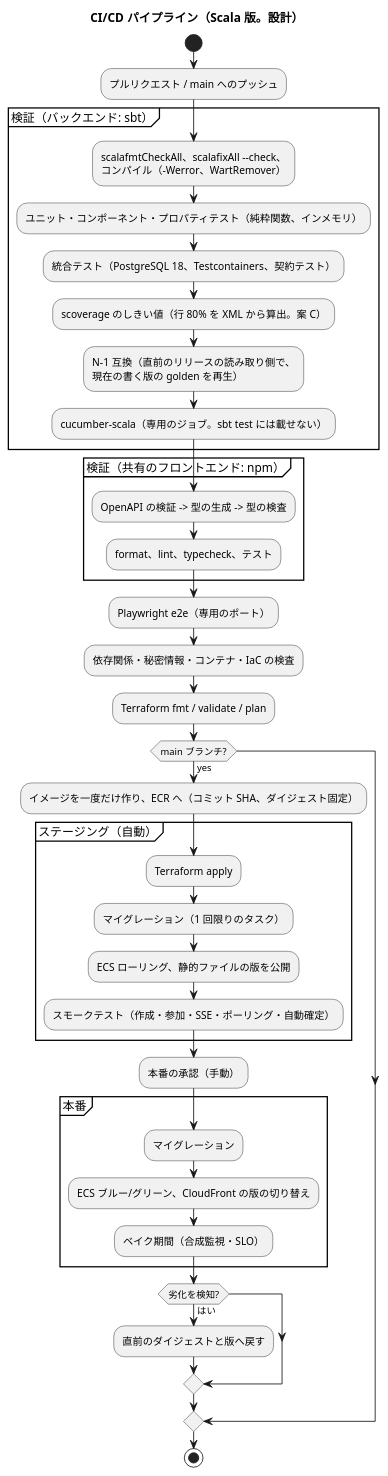
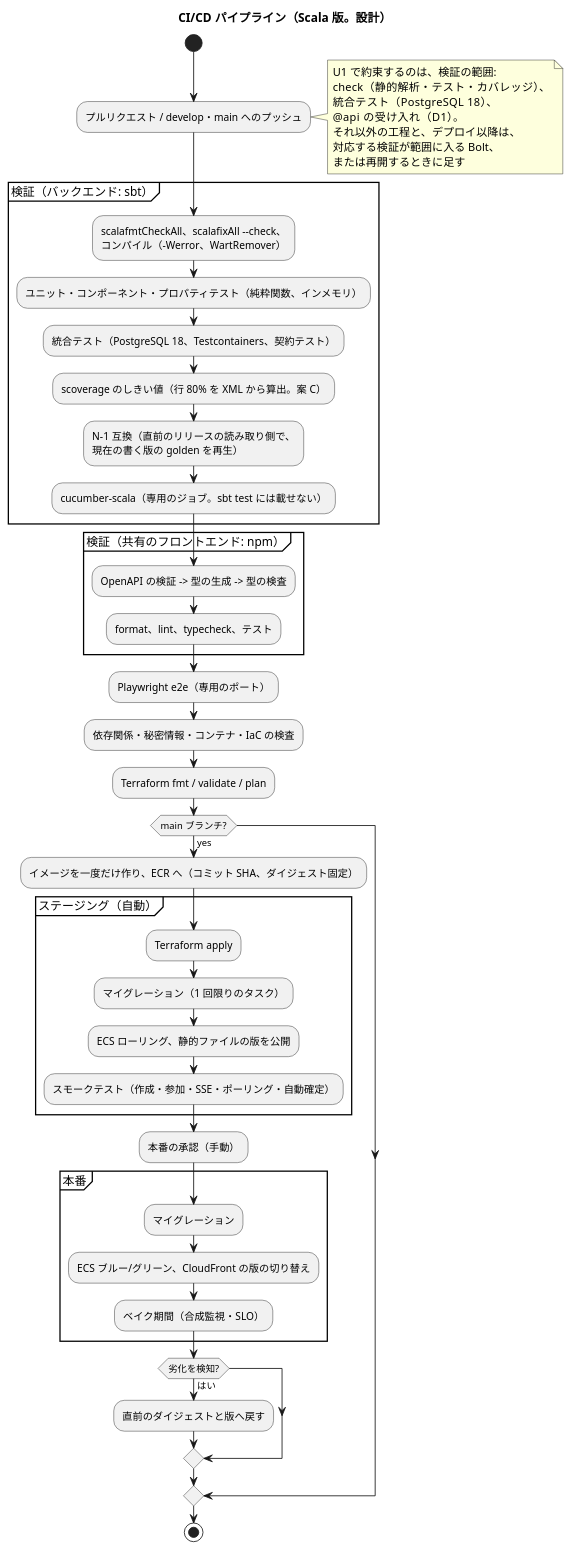
Before and after one commit to k2works/case-study-beer-game-simulation: the second of 2 diagrams in docs/design/beer-game-scala/architecture-infrastructure.md, drawn with PlantUML. The commit also changed other lines of this file and 15 other files, not shown here.

````diff
--- a/docs/design/beer-game-scala/architecture-infrastructure.md
+++ b/docs/design/beer-game-scala/architecture-infrastructure.md
@@ -271,42 +272,51 @@
 ```plantuml
 @startuml
 title CI/CD パイプライン（Scala 版。設計）
 
 start
-:プルリクエスト / main へのプッシュ;
+:プルリクエスト / develop・main へのプッシュ;
+note right
+  U1 で約束するのは、検証の範囲:
+  check（静的解析・テスト・カバレッジ）、
+  統合テスト（PostgreSQL 18）、
+  @api の受け入れ（D1）。
+  それ以外の工程と、デプロイ以降は、
+  対応する検証が範囲に入る Bolt、
+  または再開するときに足す
+end note
 partition "検証（バックエンド: sbt）" {
   :scalafmtCheckAll、scalafixAll --check、\nコンパイル（-Werror、WartRemover）;
   :ユニット・コンポーネント・プロパティテスト（純粋関数、インメモリ）;
   :統合テスト（PostgreSQL 18、Testcontainers、契約テスト）;
   :scoverage のしきい値（行 80% を XML から算出。案 C）;
   :N-1 互換（直前のリリースの読み取り側で、\n現在の書く版の golden を再生）;
   :cucumber-scala（専用のジョブ。sbt test には載せない）;
 }
 partition "検証（共有のフロントエンド: npm）" {
   :OpenAPI の検証 -> 型の生成 -> 型の検査;
   :format、lint、typecheck、テスト;
 }
 :Playwright e2e（専用のポート）;
 :依存関係・秘密情報・コンテナ・IaC の検査;
 :Terraform fmt / validate / plan;
 if (main ブランチ?) then (yes)
   :イメージを一度だけ作り、ECR へ（コミット SHA、ダイジェスト固定）;
   partition "ステージング（自動）" {
     :Terraform apply;
     :マイグレーション（1 回限りのタスク）;
     :ECS ローリング、静的ファイルの版を公開;
     :スモークテスト（作成・参加・SSE・ポーリング・自動確定）;
   }
   :本番の承認（手動）;
   partition "本番" {
     :マイグレーション;
     :ECS ブルー/グリーン、CloudFront の版の切り替え;
     :ベイク期間（合成監視・SLO）;
   }
   if (劣化を検知?) then (はい)
     :直前のダイジェストと版へ戻す;
   endif
 endif
 stop
 @enduml
 ```
````
